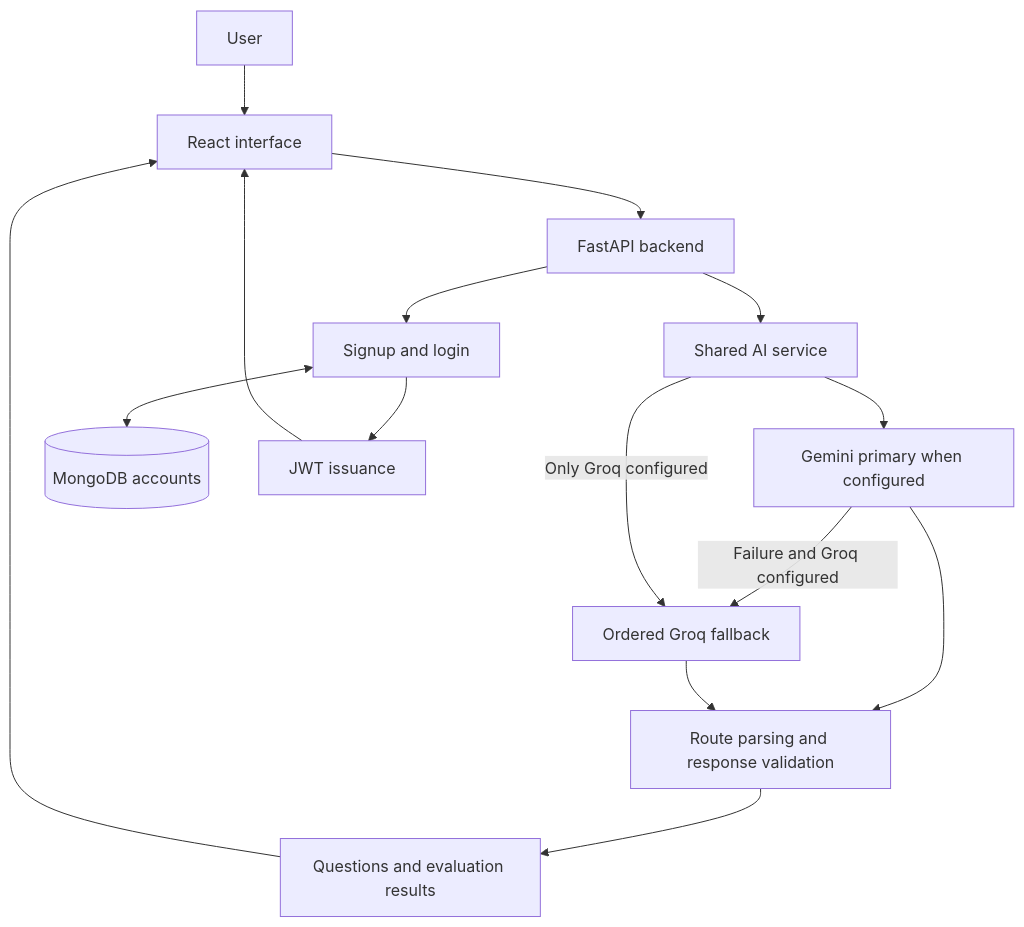
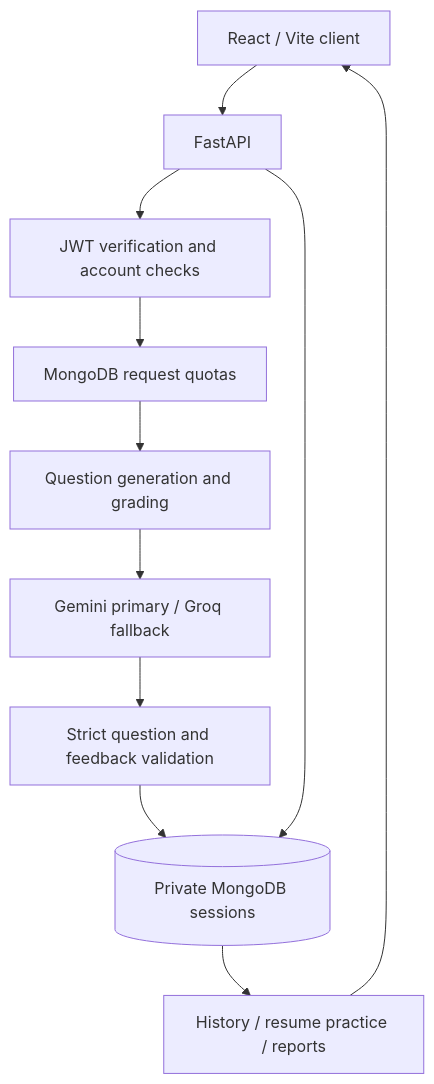
Before and after one commit to Priyanshuraj0909/Mock-Interview: the diagram in README.md, drawn with Mermaid. The commit also changed other lines of this file and 61 other files, not shown here.

Commit message:
Add secure saved practice sessions and resume-aware adaptive interviews

````diff
--- a/README.md
+++ b/README.md
@@ -83,17 +46,13 @@
 ```mermaid
 flowchart TD
-    User[User] --> React[React interface]
-    React --> API[FastAPI backend]
-    API --> AI[Shared AI service]
-    AI --> Gemini[Gemini primary when configured]
-    Gemini -->|Failure and Groq configured| Groq[Ordered Groq fallback]
-    AI -->|Only Groq configured| Groq
-    Gemini --> Parsing[Route parsing and response validation]
-    Groq --> Parsing
-    Parsing --> Results[Questions and evaluation results]
-    Results --> React
-    API --> Auth[Signup and login]
-    Auth <--> Mongo[(MongoDB accounts)]
-    Auth --> JWT[JWT issuance]
-    JWT --> React
+    Browser[React / Vite client] --> API[FastAPI]
+    API --> Auth[JWT verification and account checks]
+    Auth --> Limits[MongoDB request quotas]
+    Limits --> Practice[Question generation and grading]
+    Practice --> Providers[Gemini primary / Groq fallback]
+    Providers --> Validation[Strict question and feedback validation]
+    Validation --> Sessions[(Private MongoDB sessions)]
+    API --> Sessions
+    Sessions --> History[History / resume practice / reports]
+    History --> Browser
 ```
````
